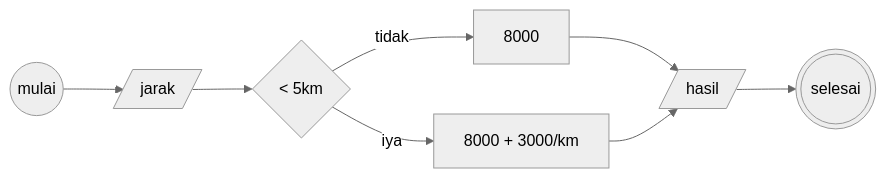
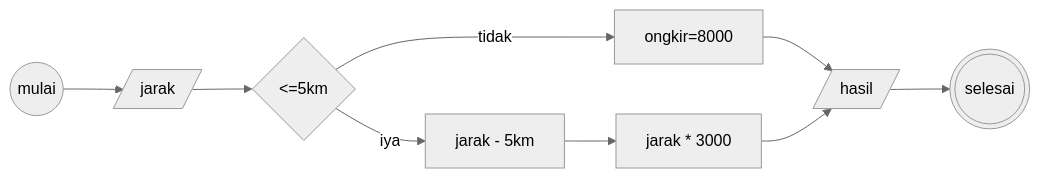
The diagram in minitask8.md (abdullah-fikri/koda-b4-algoritma), drawn with Mermaid (neutral theme) before and after one commit.

````diff
--- a/minitask8.md
+++ b/minitask8.md
@@ -3,10 +3,12 @@
 ```mermaid
 flowchart LR
 a@{ shape: circle, label: "mulai"} -->
 b@{ shape: lean-r, label: "jarak"} -->
-c@{ shape: diamond, label: "< 5km "} --tidak-->
-d@{ shape: rect , label: "8000"}--> f
-c --iya--> e@{ shape: rect , label: "8000 + 3000/km"}-->
+c@{ shape: diamond, label: " <=5km "} --tidak-->
+d@{ shape: rect , label: " ongkir=8000"}--> f
+c --iya--> e@{ shape: rect , label: "jarak - 5km"}-->
+h@{ shape: rect , label: "jarak * 3000"}-->
+
 f@{ shape: lean-r , label: "hasil"} -->
 g@{ shape: dbl-circ , label: "selesai"}
 ```
````
